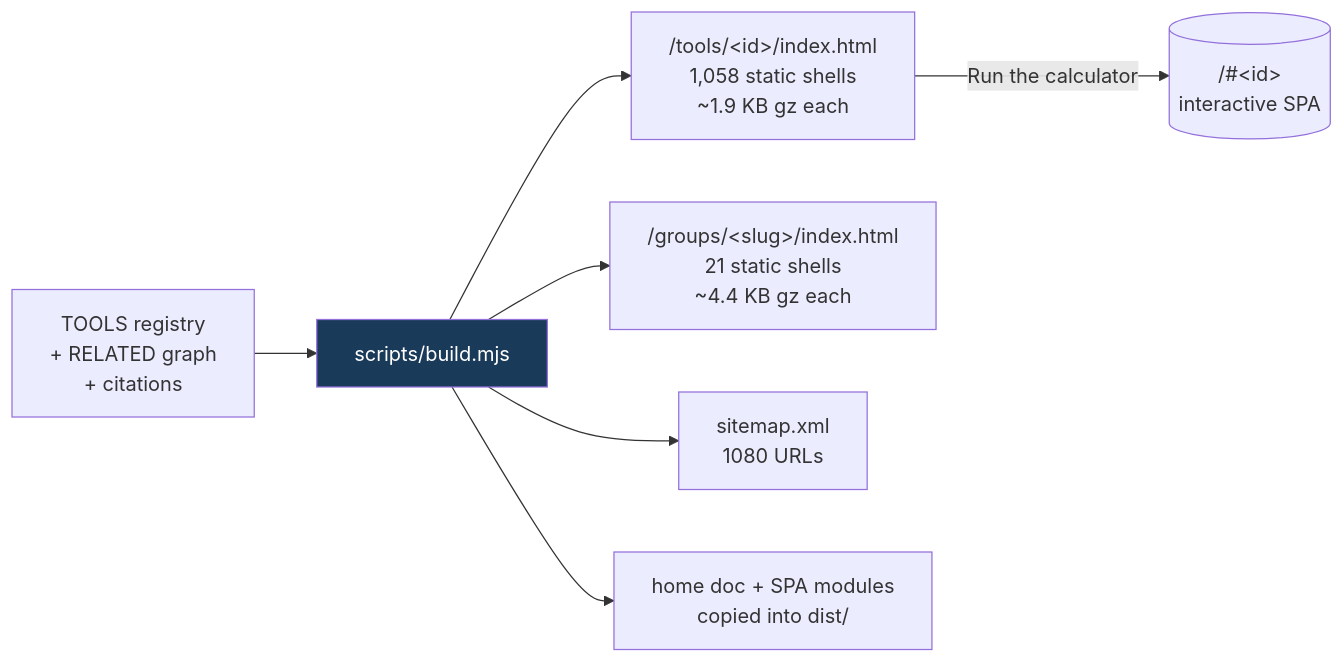
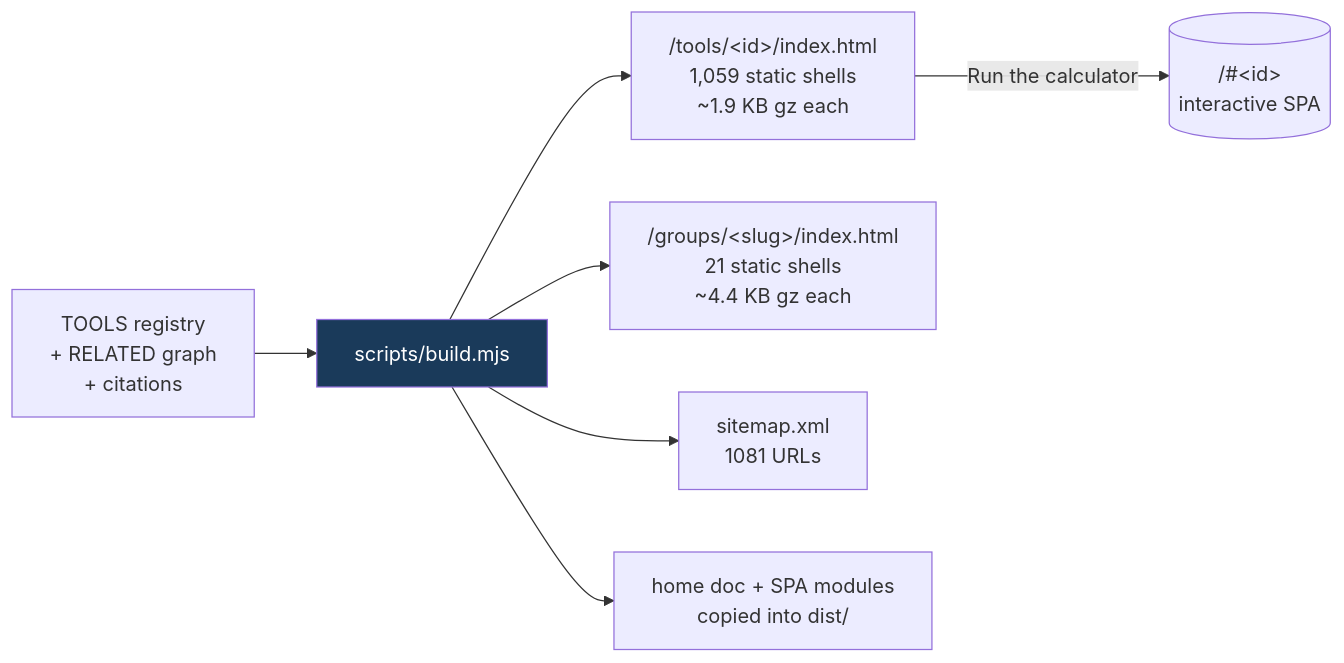
The fifth of 8 diagrams in README.md (clay-good/roughlogic.com), drawn with Mermaid before and after one commit. The commit also changed other lines of this file and 13 other files, not shown here.

````diff
--- a/README.md
+++ b/README.md
@@ -495,10 +495,10 @@
 ```mermaid
 flowchart LR
     SRC[TOOLS registry\n+ RELATED graph\n+ citations] --> BUILD[scripts/build.mjs]
-    BUILD --> TILE["/tools/&lt;id&gt;/index.html\n1,058 static shells\n~1.9 KB gz each"]
+    BUILD --> TILE["/tools/&lt;id&gt;/index.html\n1,059 static shells\n~1.9 KB gz each"]
     BUILD --> GROUP["/groups/&lt;slug&gt;/index.html\n21 static shells\n~4.4 KB gz each"]
-    BUILD --> MAP["sitemap.xml\n1080 URLs"]
+    BUILD --> MAP["sitemap.xml\n1081 URLs"]
     BUILD --> COPY[home doc + SPA modules\ncopied into dist/]
     TILE -->|Run the calculator| SPA[("/#&lt;id&gt;\ninteractive SPA")]
     style BUILD fill:#1a3a5a,color:#fff
 ```
````
